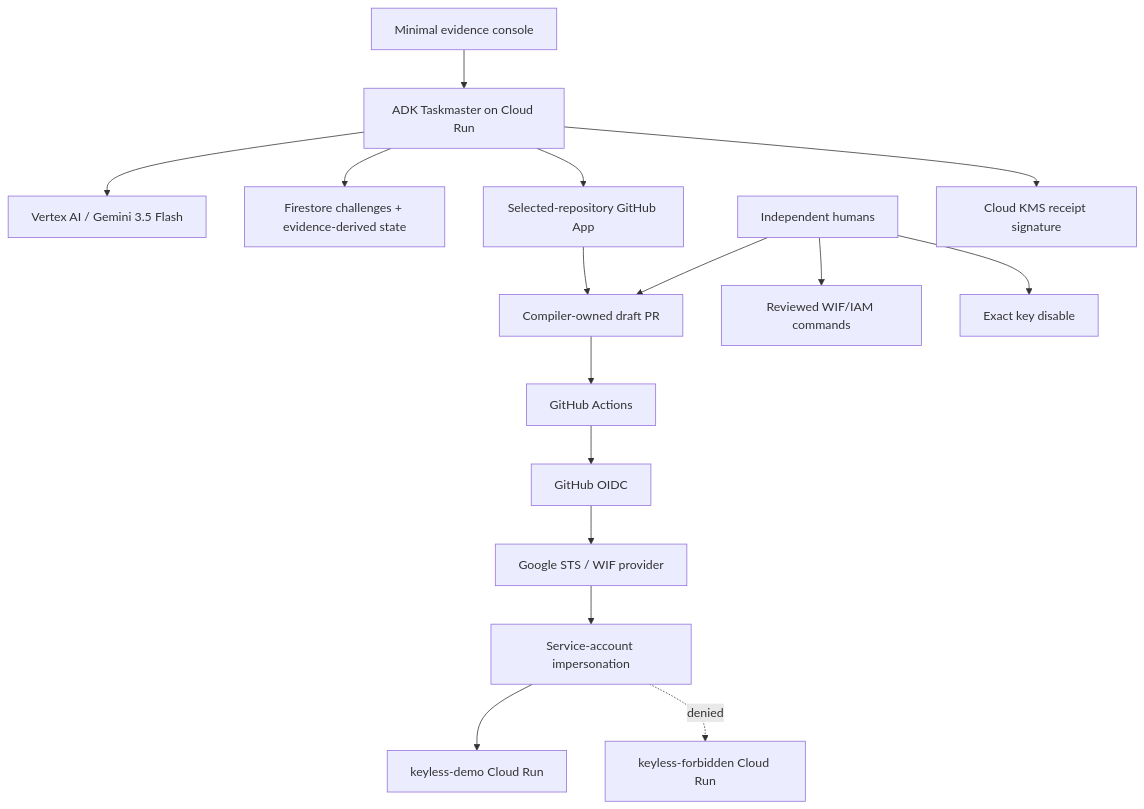
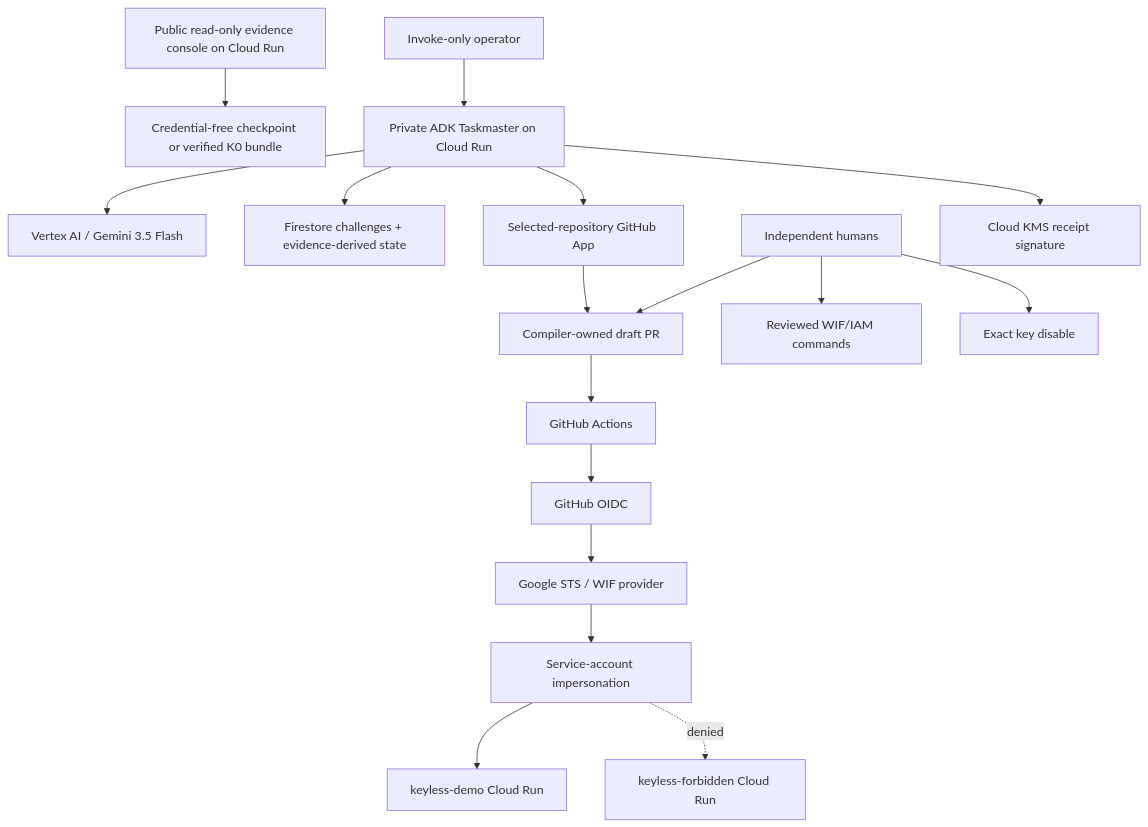
The diagram in docs/ARCHITECTURE.md (trustphoneapp/keyless-cutover), drawn with Mermaid before and after one commit. The commit also changed other lines of this file and 11 other files, not shown here.

Commit message:
feat: add fail-closed evidence console

````diff
--- a/docs/ARCHITECTURE.md
+++ b/docs/ARCHITECTURE.md
@@ -9,18 +9,19 @@
 ```mermaid
 flowchart TB
-    UI["Minimal evidence console"] --> APP["ADK Taskmaster on Cloud Run"]
+    UI["Public read-only evidence console on Cloud Run"] --> EVIDENCE["Credential-free checkpoint or verified K0 bundle"]
+    OP["Invoke-only operator"] --> APP["Private ADK Taskmaster on Cloud Run"]
     APP --> VX["Vertex AI / Gemini 3.5 Flash"]
     APP --> FS["Firestore challenges + evidence-derived state"]
     APP --> GH["Selected-repository GitHub App"]
     GH --> PR["Compiler-owned draft PR"]
     HUMAN["Independent humans"] --> IAM["Reviewed WIF/IAM commands"]
     HUMAN --> PR
     HUMAN --> KEY["Exact key disable"]
     PR --> ACTIONS["GitHub Actions"]
     ACTIONS --> OIDC["GitHub OIDC"]
     OIDC --> STS["Google STS / WIF provider"]
     STS --> IMP["Service-account impersonation"]
     IMP --> ALLOWED["keyless-demo Cloud Run"]
     IMP -. denied .-> FORBIDDEN["keyless-forbidden Cloud Run"]
     APP --> KMS["Cloud KMS receipt signature"]
 ```
````
